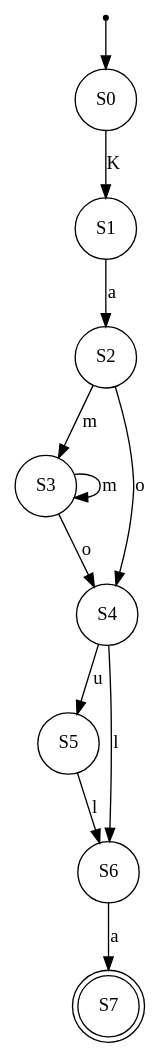
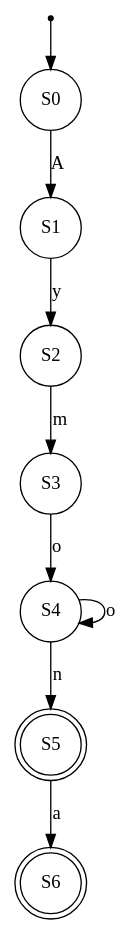
Before and after one commit to AbdelrahmanHamdyy/Regex-MinDFA-Converter: the diagram in output/dfa.gv, drawn with Graphviz. The commit also changed 8 other files, not shown here.

```diff
--- a/output/dfa.gv
+++ b/output/dfa.gv
@@ -1,23 +1,19 @@
 // DFA Visualization
 digraph {
 	"" [label="" shape=point]
 	S0 [label=S0 shape=circle]
 	"" -> S0
 	S1 [label=S1 shape=circle]
 	S2 [label=S2 shape=circle]
 	S3 [label=S3 shape=circle]
 	S4 [label=S4 shape=circle]
-	S5 [label=S5 shape=circle]
-	S6 [label=S6 shape=circle]
-	S7 [label=S7 shape=doublecircle]
-	S0 -> S1 [label=K]
-	S1 -> S2 [label=a]
+	S5 [label=S5 shape=doublecircle]
+	S6 [label=S6 shape=doublecircle]
+	S0 -> S1 [label=A]
+	S1 -> S2 [label=y]
 	S2 -> S3 [label=m]
-	S2 -> S4 [label=o]
-	S3 -> S3 [label=m]
 	S3 -> S4 [label=o]
-	S4 -> S5 [label=u]
-	S4 -> S6 [label=l]
-	S5 -> S6 [label=l]
-	S6 -> S7 [label=a]
+	S4 -> S4 [label=o]
+	S4 -> S5 [label=n]
+	S5 -> S6 [label=a]
 }
```
